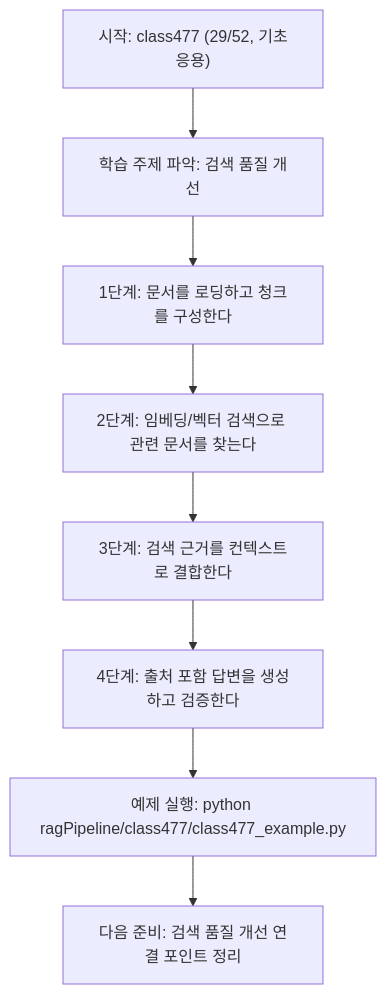
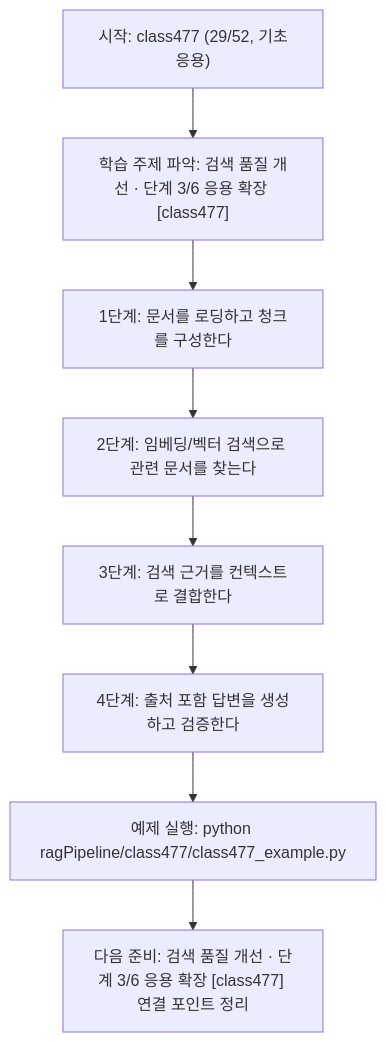
Before and after one commit to edumgt/Python-AI_Agent-Class: the diagram in ragPipeline/class477/class477.md, drawn with Mermaid. The commit also changed other lines of this file and 522 other files, not shown here.

````diff
--- a/ragPipeline/class477/class477.md
+++ b/ragPipeline/class477/class477.md
@@ -110,18 +111,18 @@
 ```mermaid
 flowchart TD
 N1["시작: class477 (29/52, 기초응용)"]
-N2["학습 주제 파악: 검색 품질 개선"]
+N2["학습 주제 파악: 검색 품질 개선 · 단계 3/6 응용 확장 [class477]"]
 N3["1단계: 문서를 로딩하고 청크를 구성한다"]
 N4["2단계: 임베딩/벡터 검색으로 관련 문서를 찾는다"]
 N5["3단계: 검색 근거를 컨텍스트로 결합한다"]
 N6["4단계: 출처 포함 답변을 생성하고 검증한다"]
 N7["예제 실행: python ragPipeline/class477/class477_example.py"]
-N8["다음 준비: 검색 품질 개선 연결 포인트 정리"]
+N8["다음 준비: 검색 품질 개선 · 단계 3/6 응용 확장 [class477] 연결 포인트 정리"]
 N1 --> N2
 N2 --> N3
 N3 --> N4
 N4 --> N5
 N5 --> N6
 N6 --> N7
 N7 --> N8
 ```
````
